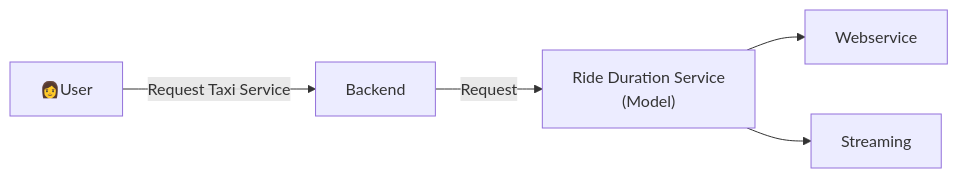
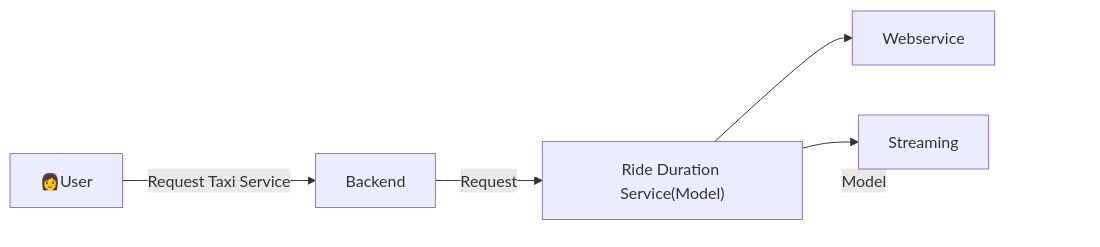
One commit to mossdet/mlops-dlp changed the second of 2 diagrams in week04/README.md. Above: the diagram before and after it, drawn with Mermaid.

````diff
--- a/week04/README.md
+++ b/week04/README.md
@@ -25,7 +25,8 @@
 ```mermaid
 graph LR
     User[👩User]--> |Request Taxi Service| Backend[Backend]
-    Backend--> |Request| RideDurationService["Ride Duration Service\n(Model)"]
+    Backend--> |Request| RideDurationService["Ride Duration Service(Model)"]
+    RideDurationService ~~~|"Model"| RideDurationService
     RideDurationService-->WebService[Webservice]
     RideDurationService-->Streaming[Streaming]
 ```
````
